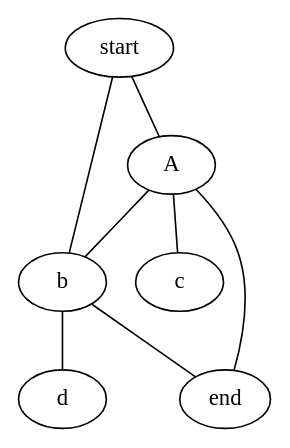
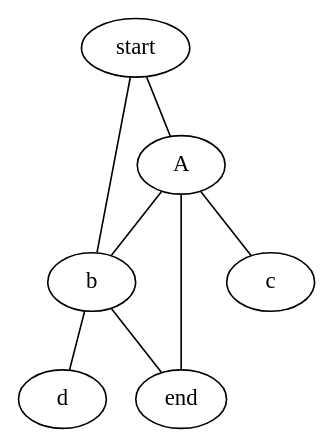
One commit to AlexanderNenninger/AOC2021 changed the diagram in output/day_12_test_graph_display.dot. Above: the diagram before and after it, drawn with Graphviz. The commit also changed other lines of this file and 3 other files, not shown here.

```diff
--- a/output/day_12_test_graph_display.dot
+++ b/output/day_12_test_graph_display.dot
@@ -1,9 +1,9 @@
 graph {
+	start -- A
+	b -- d
 	A -- b
+	b -- end
 	A -- c
+	start -- b
 	A -- end
-	b -- end
-	b -- d
-	start -- b
-	start -- A
 }
```
